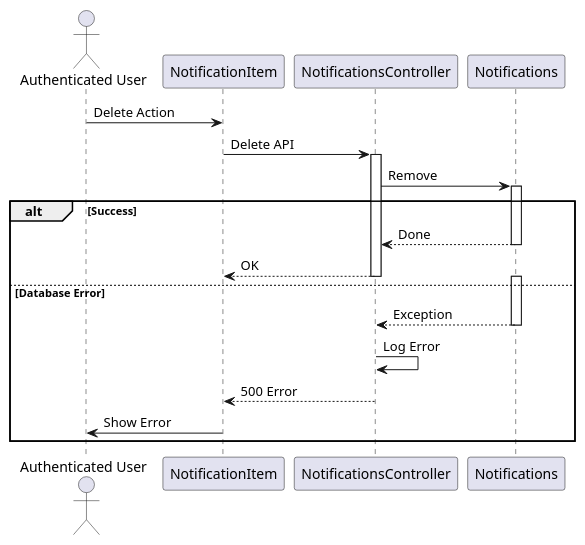
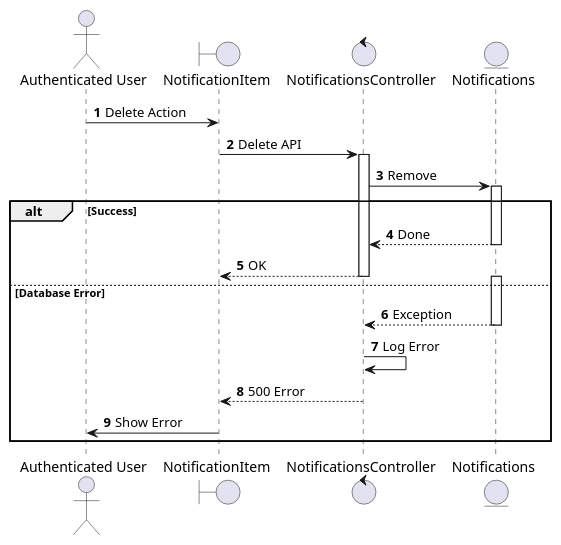
Before and after one commit to I-Love-U-3000/Favi-BE: the eighth of 10 diagrams in UC_2.1.8_Monitor_Notification.md, drawn with PlantUML. The commit also changed other lines of this file and 36 other files, not shown here.

````diff
--- a/UC_2.1.8_Monitor_Notification.md
+++ b/UC_2.1.8_Monitor_Notification.md
@@ -308,28 +297,29 @@
 ```plantuml
 @startuml
+autonumber
 actor "Authenticated User" as User
-participant "NotificationItem" as View
-participant "NotificationsController" as Controller
-participant "Notifications" as DB
+boundary "NotificationItem" as View
+control "NotificationsController" as Controller
+entity "Notifications" as DB
 
 User -> View: Delete Action
 View -> Controller: Delete API
 activate Controller
 Controller -> DB: Remove
 activate DB
 alt Success
     DB --> Controller: Done
     deactivate DB
     Controller --> View: OK
     deactivate Controller
 else Database Error
     activate DB
     DB --> Controller: Exception
     deactivate DB
     Controller -> Controller: Log Error
     Controller --> View: 500 Error
     deactivate Controller
     View -> User: Show Error
 end
 @enduml
 ```
````
